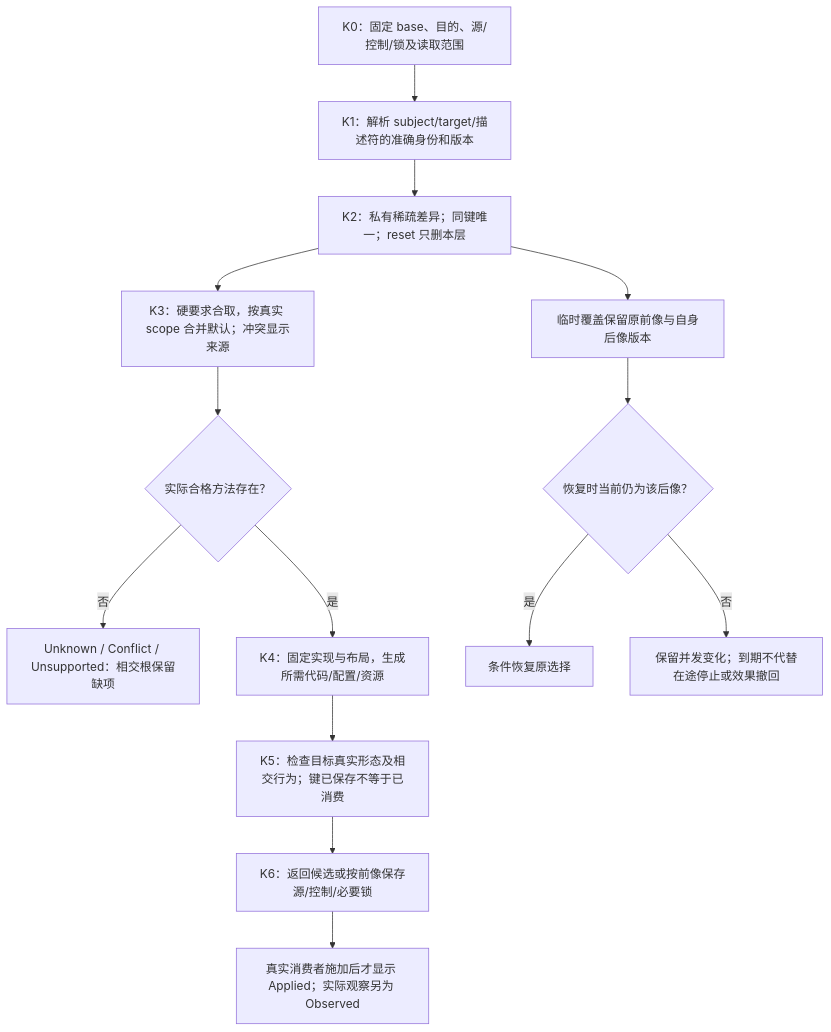
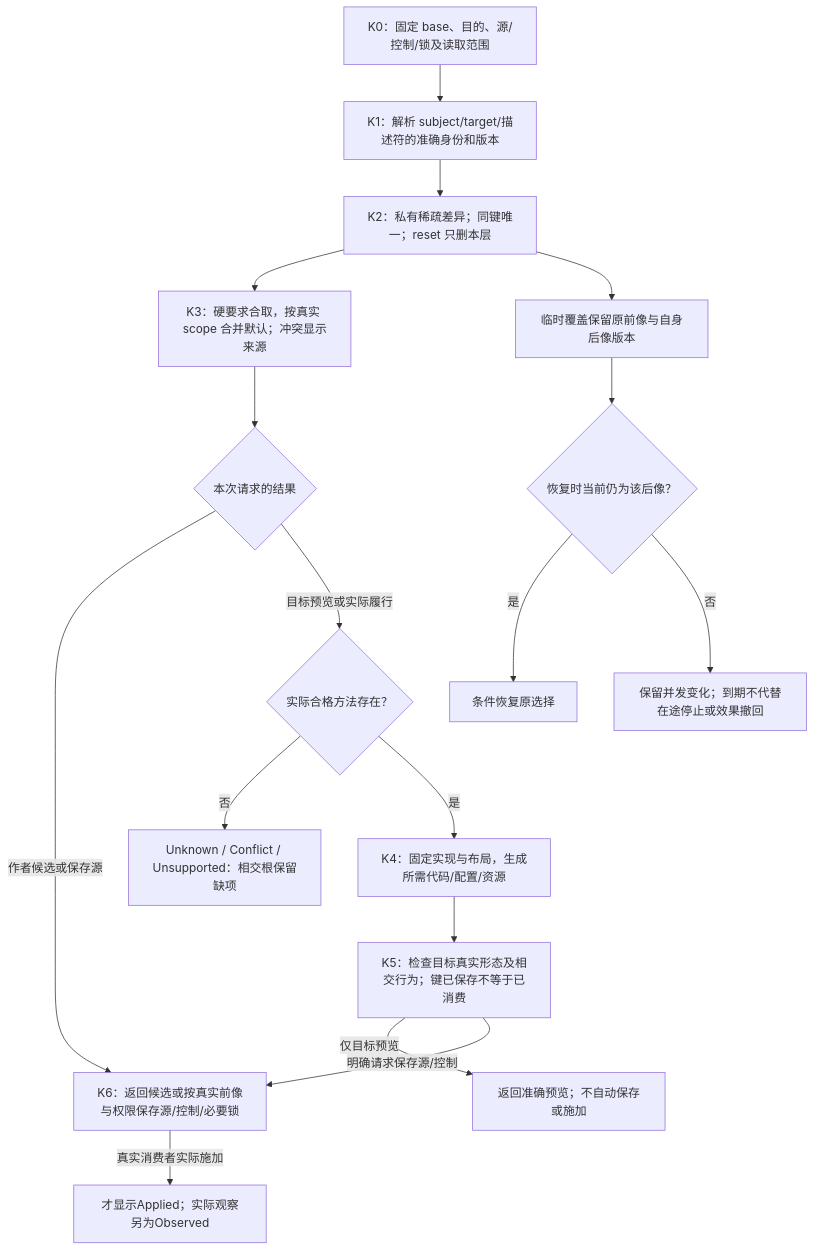
Before and after one commit to sec-platform/sec: the diagram in docs/作者/组合/稀疏控制与目标限定.md, drawn with Mermaid. The commit also changed 122 other files, not shown here.

First line of the commit message:
docs: unify system diagrams and remove redundant design text (#882)

````diff
--- a/docs/作者/组合/稀疏控制与目标限定.md
+++ b/docs/作者/组合/稀疏控制与目标限定.md
@@ -316,16 +316,19 @@
 ```mermaid
 flowchart TB
   base["K0：固定 base、目的、源/控制/锁及读取范围"] --> resolve["K1：解析 subject/target/描述符的准确身份和版本"]
   resolve --> sparse["K2：私有稀疏差异；同键唯一；reset 只删本层"]
   sparse --> effective["K3：硬要求合取，按真实 scope 合并默认；冲突显示来源"]
-  effective --> eligible{"实际合格方法存在？"}
+  effective --> purpose{"本次请求的结果"}
+  purpose -->|作者候选或保存源| save
+  purpose -->|目标预览或实际履行| eligible{"实际合格方法存在？"}
   eligible -->|否| missing["Unknown / Conflict / Unsupported：相交根保留缺项"]
   eligible -->|是| plan["K4：固定实现与布局，生成所需代码/配置/资源"]
   plan --> verify["K5：检查目标真实形态及相交行为；键已保存不等于已消费"]
-  verify --> save["K6：返回候选或按前像保存源/控制/必要锁"]
-  save --> applied["真实消费者施加后才显示 Applied；实际观察另为 Observed"]
+  verify -->|仅目标预览| preview["返回准确预览；不自动保存或施加"]
+  verify -->|明确请求保存源/控制| save["K6：返回候选或按真实前像与权限保存源/控制/必要锁"]
+  save -->|真实消费者实际施加| applied["才显示Applied；实际观察另为Observed"]
   sparse --> temporary["临时覆盖保留原前像与自身后像版本"]
   temporary --> restore{"恢复时当前仍为该后像？"}
   restore -->|是| original["条件恢复原选择"]
   restore -->|否| conflict["保留并发变化；到期不代替在途停止或效果撤回"]
 ```
````
